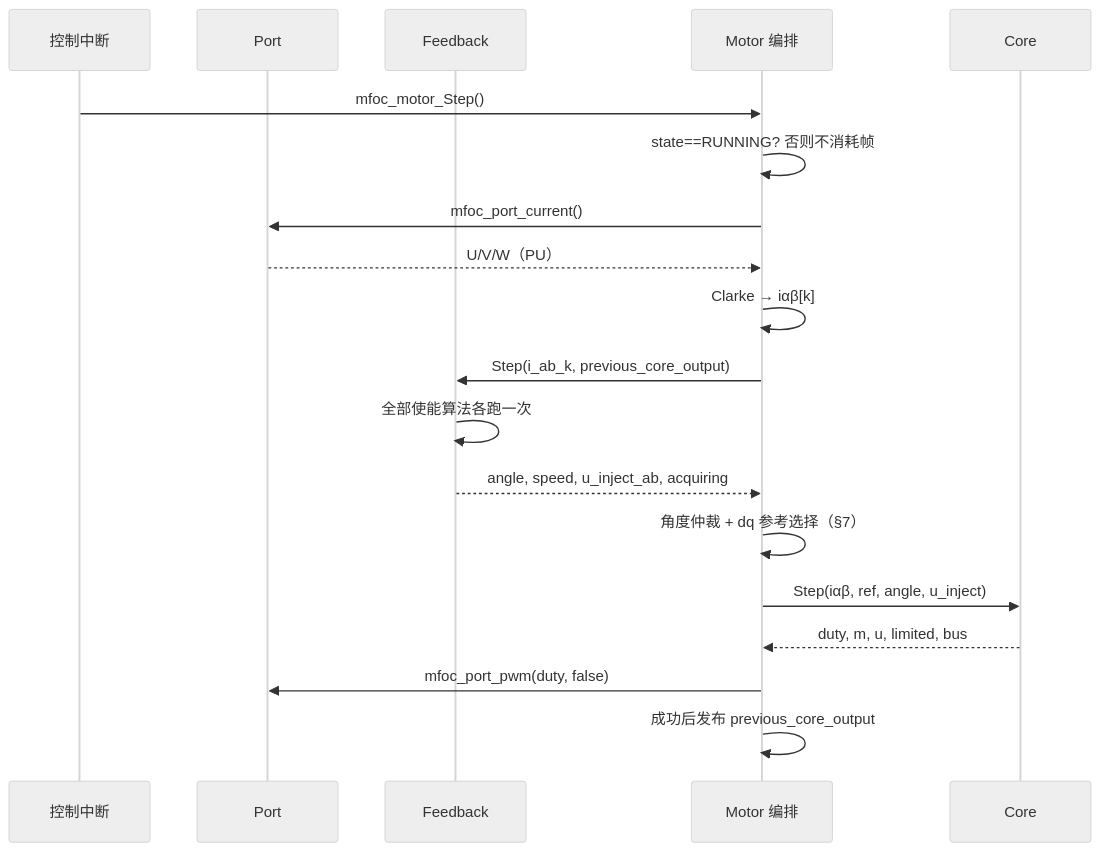
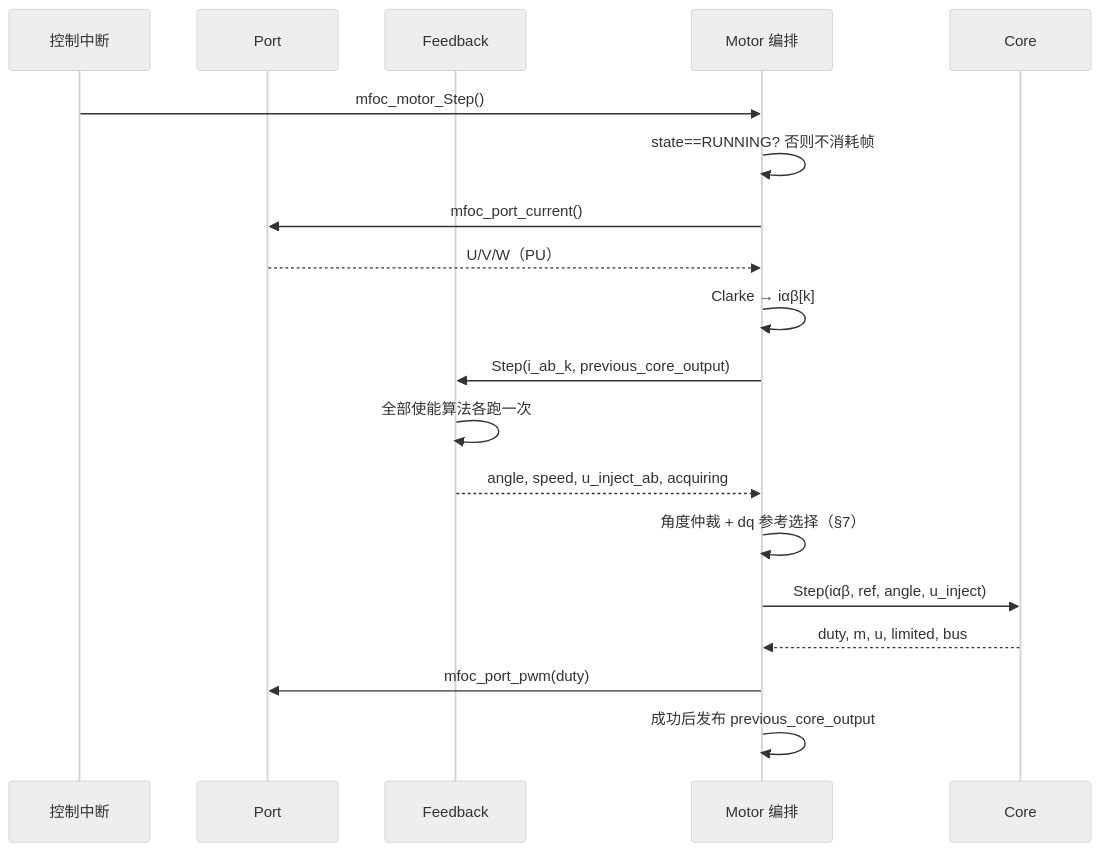
The second of 3 diagrams in mfoc/docs/framework.md (wyxun/modus_template), drawn with Mermaid (neutral theme) before and after one commit. The commit also changed other lines of this file and 61 other files, not shown here.

````diff
--- a/mfoc/docs/framework.md
+++ b/mfoc/docs/framework.md
@@ -290,22 +305,22 @@
 ```mermaid
 sequenceDiagram
     participant ISR as 控制中断
     participant P as Port
     participant F as Feedback
     participant M as Motor 编排
     participant C as Core
 
     ISR->>M: mfoc_motor_Step()
     M->>M: state==RUNNING? 否则不消耗帧
     M->>P: mfoc_port_current()
     P-->>M: U/V/W（PU）
     M->>M: Clarke → iαβ[k]
     M->>F: Step(i_ab_k, previous_core_output)
     F->>F: 全部使能算法各跑一次
     F-->>M: angle, speed, u_inject_ab, acquiring
     M->>M: 角度仲裁 + dq 参考选择（§7）
     M->>C: Step(iαβ, ref, angle, u_inject)
     C-->>M: duty, m, u, limited, bus
-    M->>P: mfoc_port_pwm(duty, false)
+    M->>P: mfoc_port_pwm(duty)
     M->>M: 成功后发布 previous_core_output
 ```
````
